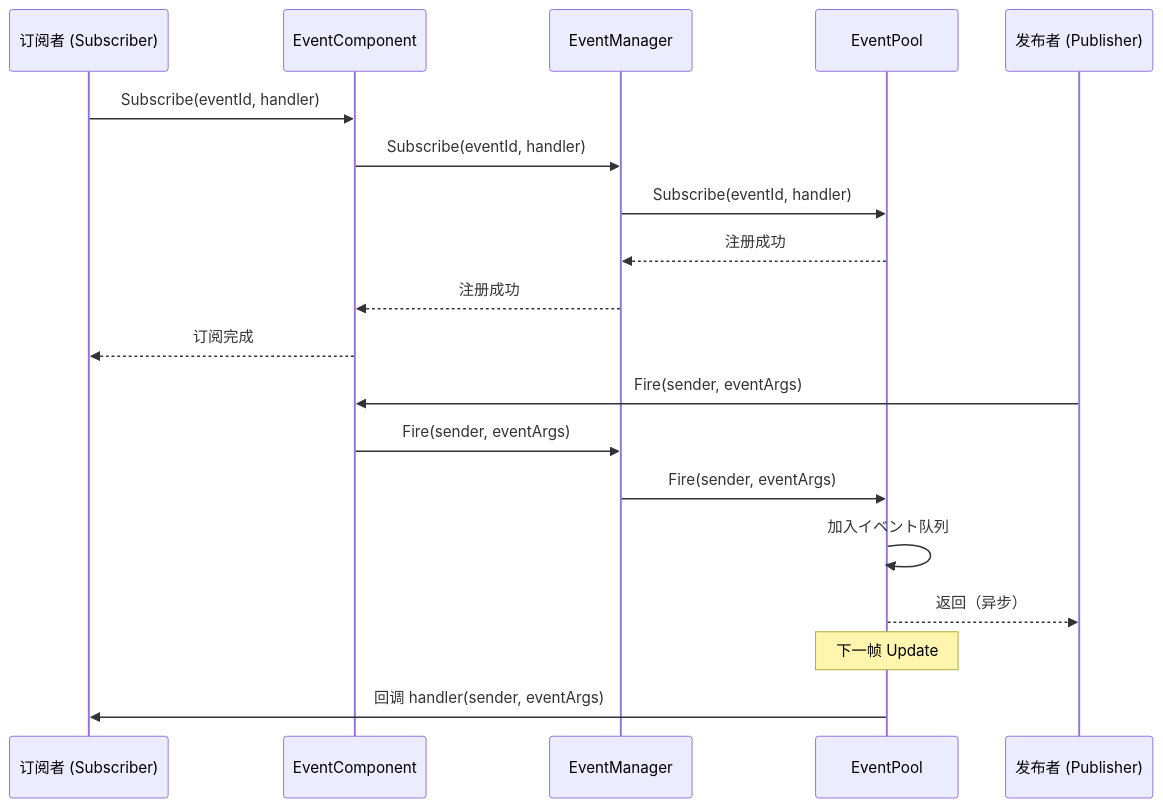
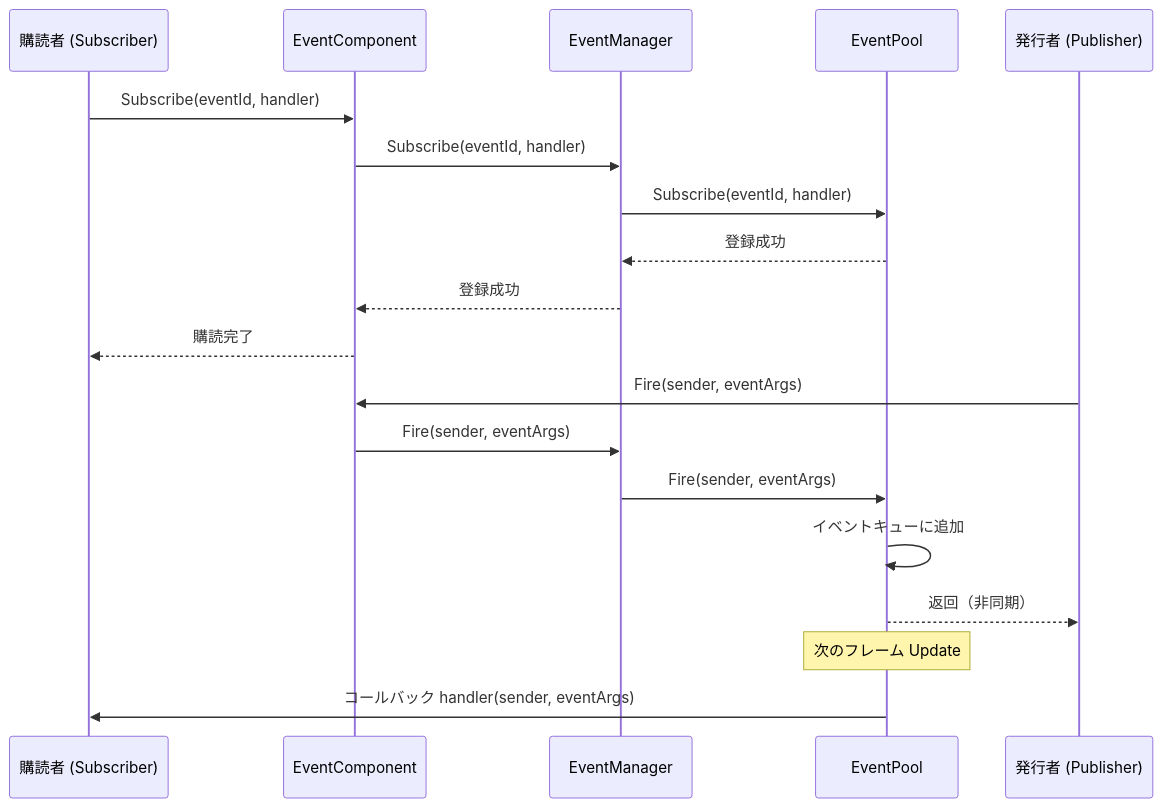
The third of 6 diagrams in docs/ja/client/unity/component/event/04.features.md (AlianBlank/GameFrameX.Docs), drawn with Mermaid before and after one commit. The commit also changed other lines of this file and 320 other files, not shown here.

````diff
--- a/docs/ja/client/unity/component/event/04.features.md
+++ b/docs/ja/client/unity/component/event/04.features.md
@@ -192,24 +192,24 @@
 ```mermaid
 sequenceDiagram
-    participant S as 订阅者 (Subscriber)
+    participant S as 購読者 (Subscriber)
     participant EC as EventComponent
     participant EM as EventManager
     participant EP as EventPool
-    participant P as 发布者 (Publisher)
+    participant P as 発行者 (Publisher)
 
     S->>EC: Subscribe(eventId, handler)
     EC->>EM: Subscribe(eventId, handler)
     EM->>EP: Subscribe(eventId, handler)
-    EP-->>EM: 注册成功
-    EM-->>EC: 注册成功
-    EC-->>S: 订阅完成
+    EP-->>EM: 登録成功
+    EM-->>EC: 登録成功
+    EC-->>S: 購読完了
 
     P->>EC: Fire(sender, eventArgs)
     EC->>EM: Fire(sender, eventArgs)
     EM->>EP: Fire(sender, eventArgs)
-    EP->>EP: 加入イベント队列
-    EP-->>P: 返回（异步）
+    EP->>EP: イベントキューに追加
+    EP-->>P: 返回（非同期）
 
-    Note over EP: 下一帧 Update
-    EP->>S: 回调 handler(sender, eventArgs)
+    Note over EP: 次のフレーム Update
+    EP->>S: コールバック handler(sender, eventArgs)
 ```
````
